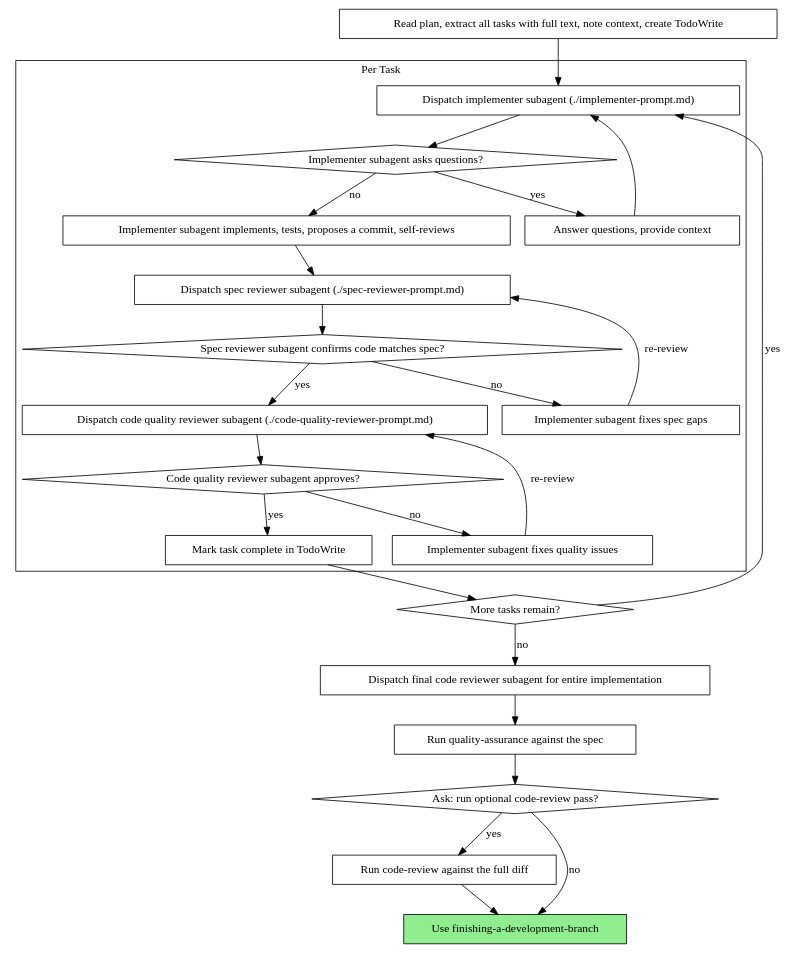
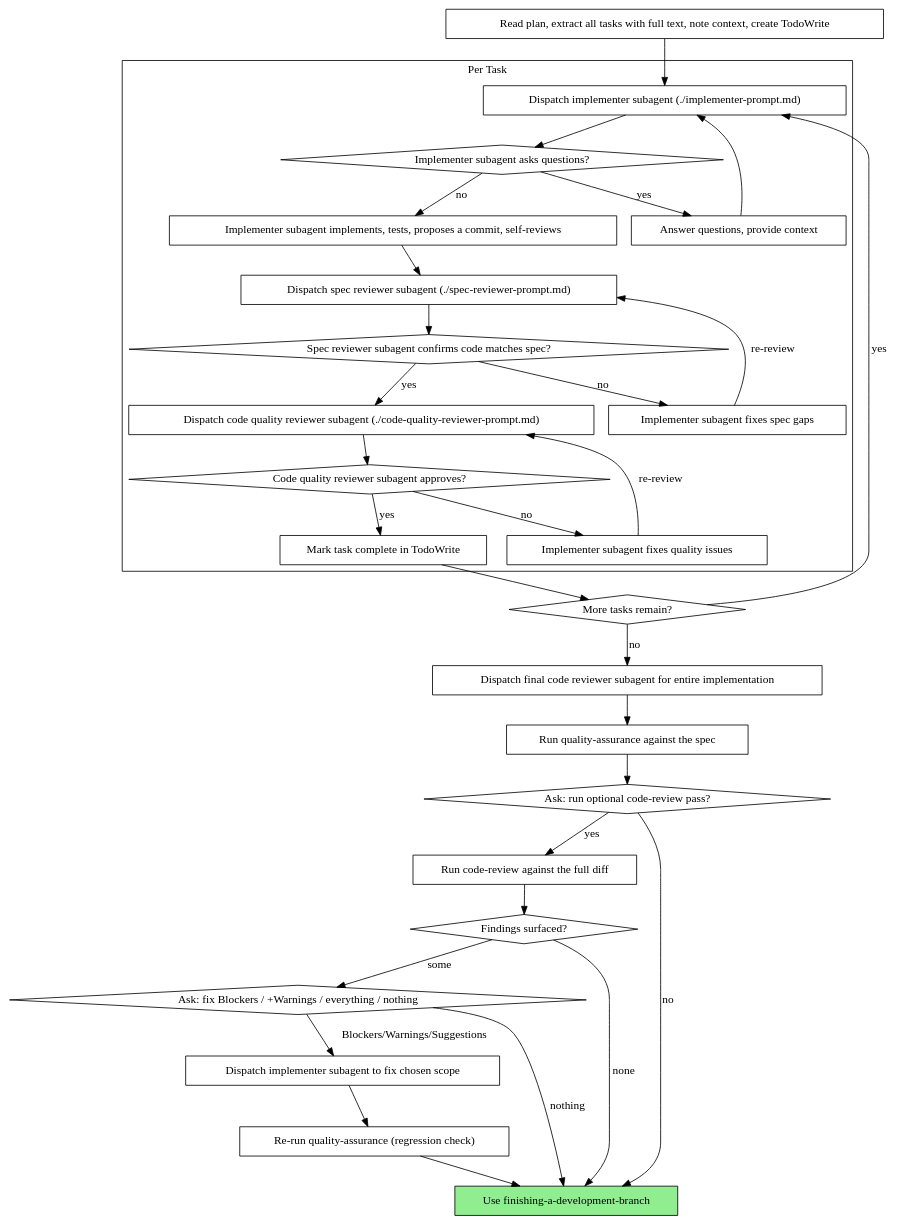
One commit to Ghosteken/agent-harness changed the second of 2 diagrams in skills/subagent-driven-development/SKILL.md. Above: the diagram before and after it, drawn with Graphviz. The commit also changed other lines of this file and 3 other files, not shown here.

First line of the commit message:
docs: add post-code-review fix scope and regression checks

````diff
--- a/skills/subagent-driven-development/SKILL.md
+++ b/skills/subagent-driven-development/SKILL.md
@@ -46,51 +46,61 @@
 ```dot
 digraph process {
     rankdir=TB;
 
     subgraph cluster_per_task {
         label="Per Task";
         "Dispatch implementer subagent (./implementer-prompt.md)" [shape=box];
         "Implementer subagent asks questions?" [shape=diamond];
         "Answer questions, provide context" [shape=box];
         "Implementer subagent implements, tests, proposes a commit, self-reviews" [shape=box];
         "Dispatch spec reviewer subagent (./spec-reviewer-prompt.md)" [shape=box];
         "Spec reviewer subagent confirms code matches spec?" [shape=diamond];
         "Implementer subagent fixes spec gaps" [shape=box];
         "Dispatch code quality reviewer subagent (./code-quality-reviewer-prompt.md)" [shape=box];
         "Code quality reviewer subagent approves?" [shape=diamond];
         "Implementer subagent fixes quality issues" [shape=box];
         "Mark task complete in TodoWrite" [shape=box];
     }
 
     "Read plan, extract all tasks with full text, note context, create TodoWrite" [shape=box];
     "More tasks remain?" [shape=diamond];
     "Dispatch final code reviewer subagent for entire implementation" [shape=box];
     "Run quality-assurance against the spec" [shape=box];
     "Ask: run optional code-review pass?" [shape=diamond];
     "Run code-review against the full diff" [shape=box];
+    "Findings surfaced?" [shape=diamond];
+    "Ask: fix Blockers / +Warnings / everything / nothing" [shape=diamond];
+    "Dispatch implementer subagent to fix chosen scope" [shape=box];
+    "Re-run quality-assurance (regression check)" [shape=box];
     "Use finishing-a-development-branch" [shape=box style=filled fillcolor=lightgreen];
 
     "Read plan, extract all tasks with full text, note context, create TodoWrite" -> "Dispatch implementer subagent (./implementer-prompt.md)";
     "Dispatch implementer subagent (./implementer-prompt.md)" -> "Implementer subagent asks questions?";
     "Implementer subagent asks questions?" -> "Answer questions, provide context" [label="yes"];
     "Answer questions, provide context" -> "Dispatch implementer subagent (./implementer-prompt.md)";
     "Implementer subagent asks questions?" -> "Implementer subagent implements, tests, proposes a commit, self-reviews" [label="no"];
     "Implementer subagent implements, tests, proposes a commit, self-reviews" -> "Dispatch spec reviewer subagent (./spec-reviewer-prompt.md)";
     "Dispatch spec reviewer subagent (./spec-reviewer-prompt.md)" -> "Spec reviewer subagent confirms code matches spec?";
     "Spec reviewer subagent confirms code matches spec?" -> "Implementer subagent fixes spec gaps" [label="no"];
     "Implementer subagent fixes spec gaps" -> "Dispatch spec reviewer subagent (./spec-reviewer-prompt.md)" [label="re-review"];
     "Spec reviewer subagent confirms code matches spec?" -> "Dispatch code quality reviewer subagent (./code-quality-reviewer-prompt.md)" [label="yes"];
     "Dispatch code quality reviewer subagent (./code-quality-reviewer-prompt.md)" -> "Code quality reviewer subagent approves?";
     "Code quality reviewer subagent approves?" -> "Implementer subagent fixes quality issues" [label="no"];
     "Implementer subagent fixes quality issues" -> "Dispatch code quality reviewer subagent (./code-quality-reviewer-prompt.md)" [label="re-review"];
     "Code quality reviewer subagent approves?" -> "Mark task complete in TodoWrite" [label="yes"];
     "Mark task complete in TodoWrite" -> "More tasks remain?";
     "More tasks remain?" -> "Dispatch implementer subagent (./implementer-prompt.md)" [label="yes"];
     "More tasks remain?" -> "Dispatch final code reviewer subagent for entire implementation" [label="no"];
     "Dispatch final code reviewer subagent for entire implementation" -> "Run quality-assurance against the spec";
     "Run quality-assurance against the spec" -> "Ask: run optional code-review pass?";
     "Ask: run optional code-review pass?" -> "Run code-review against the full diff" [label="yes"];
-    "Run code-review against the full diff" -> "Use finishing-a-development-branch";
+    "Run code-review against the full diff" -> "Findings surfaced?";
+    "Findings surfaced?" -> "Use finishing-a-development-branch" [label="none"];
+    "Findings surfaced?" -> "Ask: fix Blockers / +Warnings / everything / nothing" [label="some"];
+    "Ask: fix Blockers / +Warnings / everything / nothing" -> "Dispatch implementer subagent to fix chosen scope" [label="Blockers/Warnings/Suggestions"];
+    "Dispatch implementer subagent to fix chosen scope" -> "Re-run quality-assurance (regression check)";
+    "Re-run quality-assurance (regression check)" -> "Use finishing-a-development-branch";
+    "Ask: fix Blockers / +Warnings / everything / nothing" -> "Use finishing-a-development-branch" [label="nothing"];
     "Ask: run optional code-review pass?" -> "Use finishing-a-development-branch" [label="no"];
 }
 ```
````
